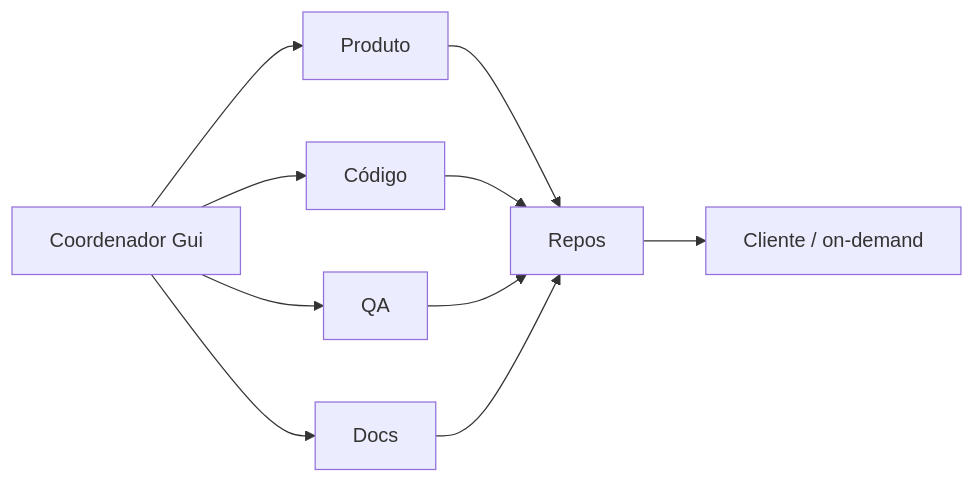
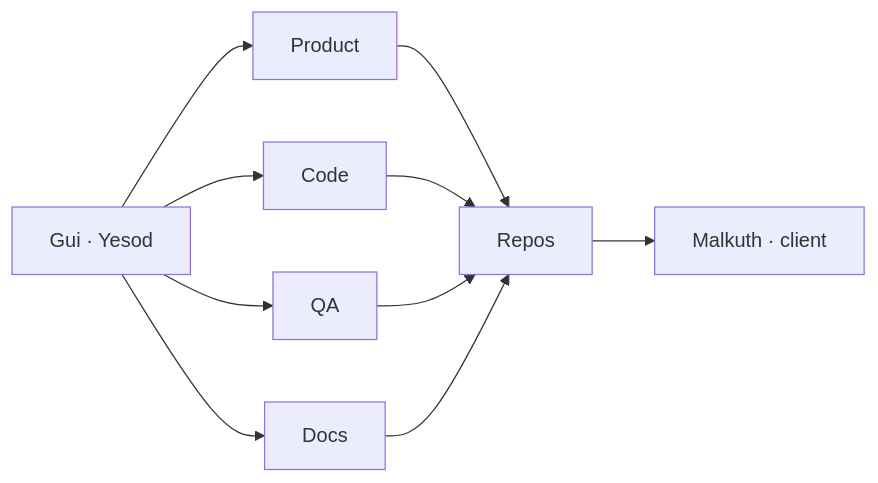
One commit to lughlammas/lughlammas changed the diagram in README.md. Above: the diagram before and after it, drawn with Mermaid. The commit also changed other lines of this file, not shown here.

Commit message:
identity: Yesod Coordinator — human, clear, open for work

````diff
--- a/README.md
+++ b/README.md
@@ -66,12 +73,12 @@
 ```mermaid
 flowchart LR
-  C[Coordenador Gui] --> P[Produto]
-  C --> D[Código]
+  C[Gui · Yesod] --> P[Product]
+  C --> D[Code]
   C --> Q[QA]
   C --> Doc[Docs]
   P --> R[Repos]
   D --> R
   Q --> R
   Doc --> R
-  R --> Cl[Cliente / on-demand]
+  R --> M[Malkuth · client]
 ```
````
